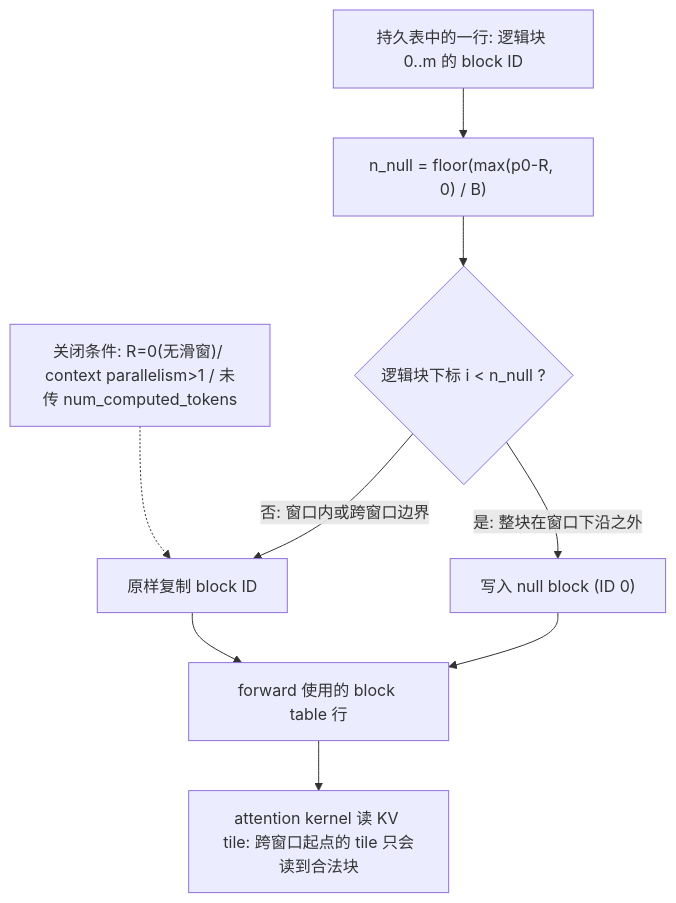
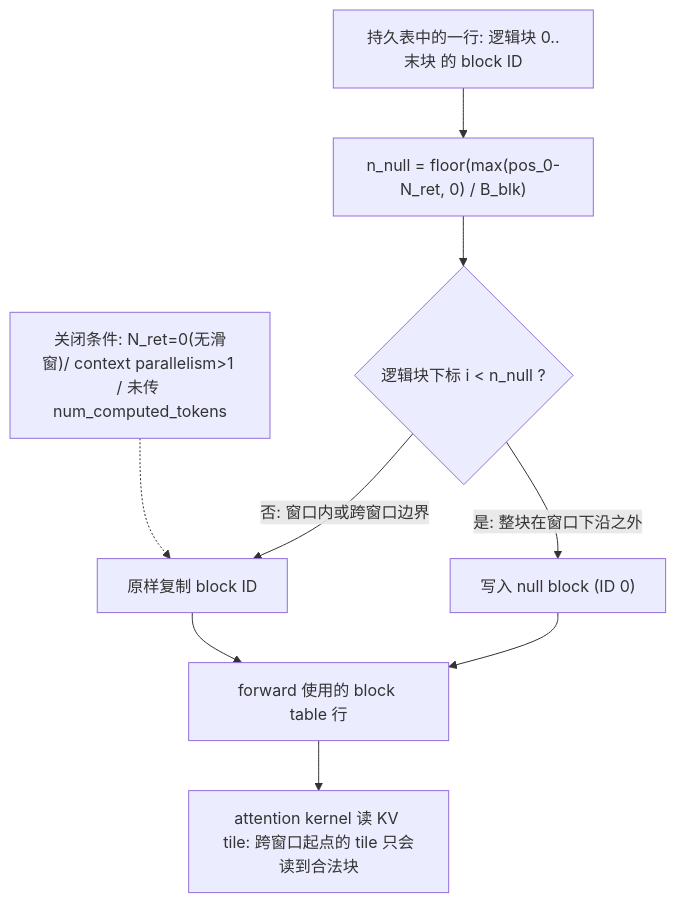
One commit to cluster1900/vllm_reader changed diagram 13 of 44 in book/06-paged-attention/README.md. Above: the diagram before and after it, drawn with Mermaid. The commit also changed other lines of this file, not shown here.

````diff
--- a/book/06-paged-attention/README.md
+++ b/book/06-paged-attention/README.md
@@ -520,11 +632,11 @@
 ```mermaid
 flowchart TD
-    ROW["持久表中的一行: 逻辑块 0..m 的 block ID"] --> CALC["n_null = floor(max(p0-R, 0) / B)"]
-    OFF["关闭条件: R=0(无滑窗)/ context parallelism>1 / 未传 num_computed_tokens"] -.-> COPY
+    ROW["持久表中的一行: 逻辑块 0..末块 的 block ID"] --> CALC["n_null = floor(max(pos_0-N_ret, 0) / B_blk)"]
+    OFF["关闭条件: N_ret=0(无滑窗)/ context parallelism>1 / 未传 num_computed_tokens"] -.-> COPY
     CALC --> SPLIT{"逻辑块下标 i < n_null ?"}
     SPLIT -->|"是: 整块在窗口下沿之外"| NULL["写入 null block (ID 0)"]
     SPLIT -->|"否: 窗口内或跨窗口边界"| COPY["原样复制 block ID"]
     NULL --> OUT["forward 使用的 block table 行"]
     COPY --> OUT
     OUT --> KERN["attention kernel 读 KV tile: 跨窗口起点的 tile 只会读到合法块"]
 ```
````
